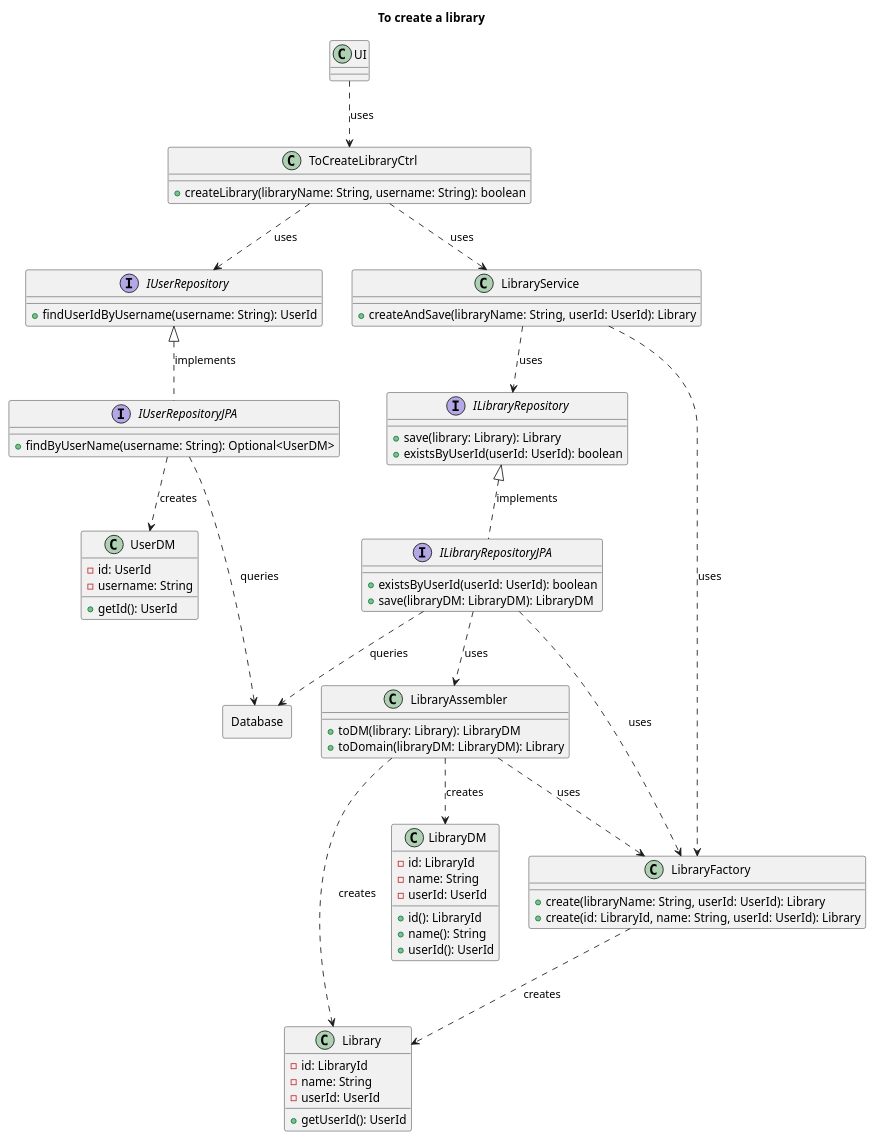
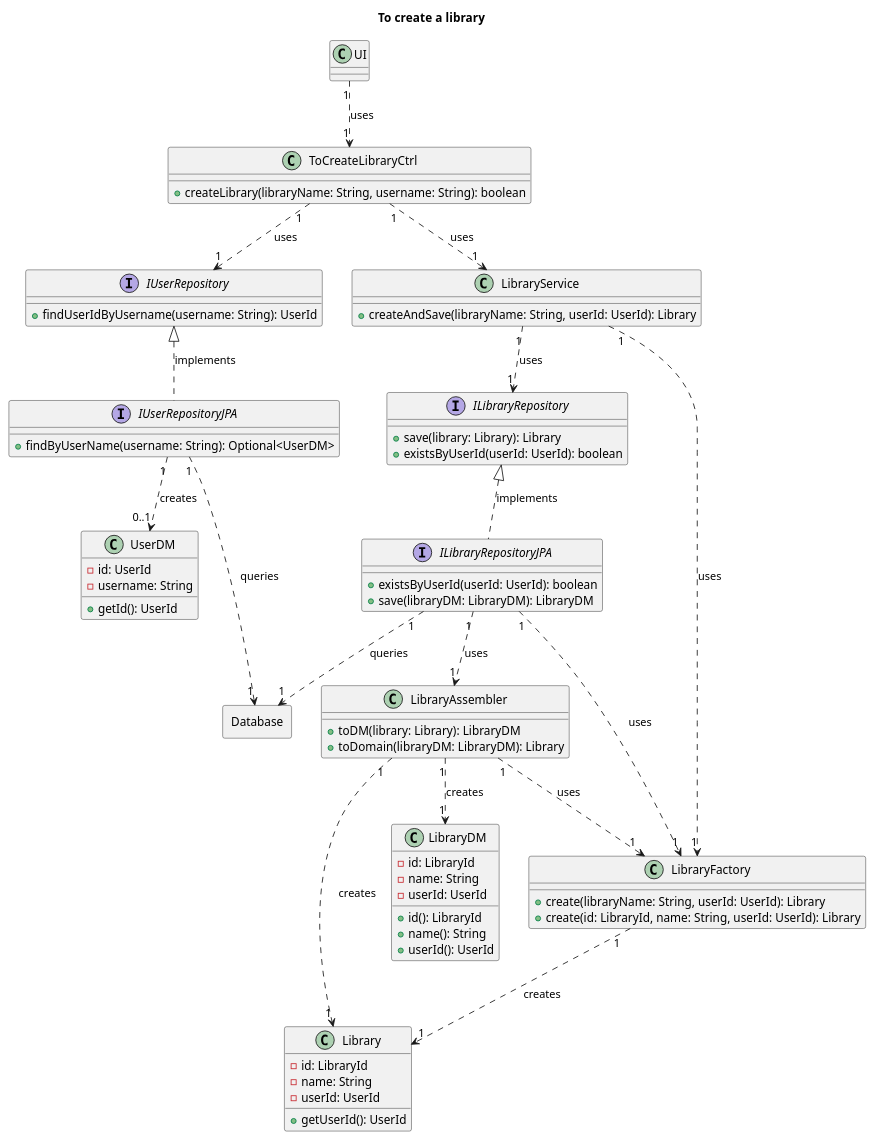
Before and after one commit to AndrePereiraGitH/SWitCH-Project-Team_A: the diagram in Diagrams/ClassDiagrams/To-create-a-library.puml, drawn with PlantUML. The commit also changed 1 other file, not shown here.

```diff
--- a/Diagrams/ClassDiagrams/To-create-a-library.puml
+++ b/Diagrams/ClassDiagrams/To-create-a-library.puml
@@ -1,96 +1,96 @@
 @startuml
 title To create a library
 
 ' ── UI Layer ───────────────────────────────────────────────
 class UI {
 }
 
 ' ── Application Layer ──────────────────────────────────────
 class ToCreateLibraryCtrl {
     + createLibrary(libraryName: String, username: String): boolean
 }
 
 class LibraryService {
     + createAndSave(libraryName: String, userId: UserId): Library
 }
 
 ' ── Domain Layer ───────────────────────────────────────────
 interface IUserRepository {
     + findUserIdByUsername(username: String): UserId
 }
 
 interface ILibraryRepository {
     + save(library: Library): Library
     + existsByUserId(userId: UserId): boolean
 }
 
 class LibraryFactory {
     + create(libraryName: String, userId: UserId): Library
     + create(id: LibraryId, name: String, userId: UserId): Library
 }
 
 class Library {
     - id: LibraryId
     - name: String
     - userId: UserId
     + getUserId(): UserId
 }
 
 ' ── Infrastructure Layer ───────────────────────────────────
 interface IUserRepositoryJPA {
     + findByUserName(username: String): Optional<UserDM>
 }
 
 interface ILibraryRepositoryJPA {
     + existsByUserId(userId: UserId): boolean
     + save(libraryDM: LibraryDM): LibraryDM
 }
 
 class LibraryAssembler {
     + toDM(library: Library): LibraryDM
     + toDomain(libraryDM: LibraryDM): Library
 }
 
 class UserDM {
     - id: UserId
     - username: String
     + getId(): UserId
 }
 
 class LibraryDM {
     - id: LibraryId
     - name: String
     - userId: UserId
     + id(): LibraryId
     + name(): String
     + userId(): UserId
 }
 
 Rectangle Database {
 }
 
 ' ── Relationships ──────────────────────────────────────────
-UI ..> ToCreateLibraryCtrl: uses
-ToCreateLibraryCtrl ..> IUserRepository: uses
-ToCreateLibraryCtrl ..> LibraryService: uses
+UI "1" ..> "1" ToCreateLibraryCtrl : uses
+ToCreateLibraryCtrl "1" ..> "1" IUserRepository : uses
+ToCreateLibraryCtrl "1" ..> "1" LibraryService : uses
 
-LibraryService ..> LibraryFactory: uses
-LibraryService ..> ILibraryRepository: uses
+LibraryService "1" ..> "1" LibraryFactory : uses
+LibraryService "1" ..> "1" ILibraryRepository : uses
 
-IUserRepository <|.. IUserRepositoryJPA: implements
-ILibraryRepository <|.. ILibraryRepositoryJPA: implements
+IUserRepository <|.. IUserRepositoryJPA : implements
+ILibraryRepository <|.. ILibraryRepositoryJPA : implements
 
-ILibraryRepositoryJPA ..> LibraryAssembler: uses
-ILibraryRepositoryJPA ..> LibraryFactory: uses
+ILibraryRepositoryJPA "1" ..> "1" LibraryAssembler : uses
+ILibraryRepositoryJPA "1" ..> "1" LibraryFactory : uses
 
-LibraryAssembler ..> LibraryDM: creates
-LibraryAssembler ..> Library: creates
-LibraryAssembler ..> LibraryFactory: uses
+LibraryAssembler "1" ..> "1" LibraryDM : creates
+LibraryAssembler "1" ..> "1" Library : creates
+LibraryAssembler "1" ..> "1" LibraryFactory : uses
 
-LibraryFactory ..> Library: creates
+LibraryFactory "1" ..> "1" Library : creates
 
-IUserRepositoryJPA ..> UserDM: creates
-IUserRepositoryJPA ..> Database: queries
-ILibraryRepositoryJPA ..> Database: queries
+IUserRepositoryJPA "1" ..> "0..1" UserDM : creates
+IUserRepositoryJPA "1" ..> "1" Database : queries
+ILibraryRepositoryJPA "1" ..> "1" Database : queries
 
 @enduml
```
